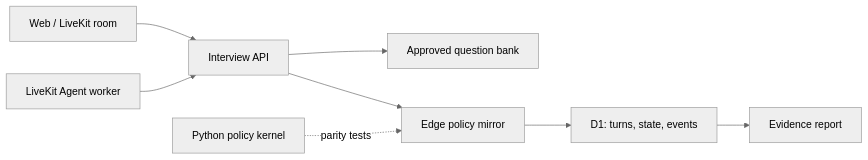
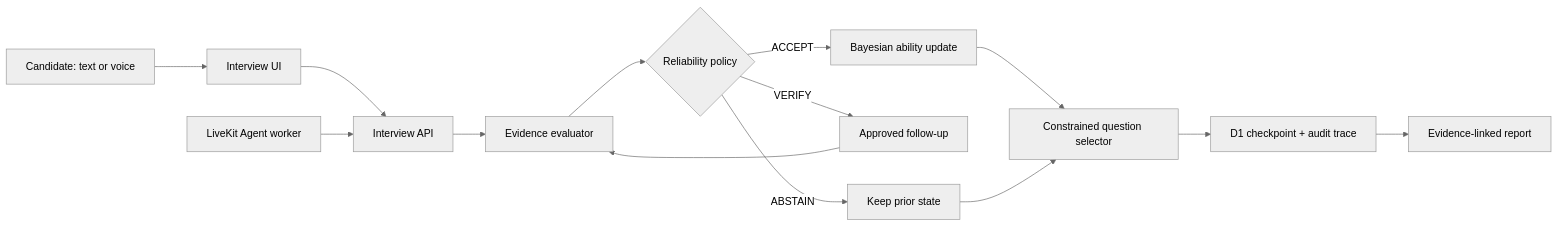
One commit to soberlady/statinterview-coach changed the diagram in README.md. Above: the diagram before and after it, drawn with Mermaid (neutral theme). The commit also changed other lines of this file and 2 other files, not shown here.

Commit message:
feat: default diagnostics to voice and polish README

````diff
--- a/README.md
+++ b/README.md
@@ -96,10 +49,16 @@
 ```mermaid
 flowchart LR
-  UI["Web / LiveKit room"] --> API["Interview API"]
+  C["Candidate: text or voice"] --> UI["Interview UI"]
+  UI --> API["Interview API"]
   LK["LiveKit Agent worker"] --> API
-  API --> QB["Approved question bank"]
-  API --> EDGE["Edge policy mirror"]
-  EDGE --> D1["D1: turns, state, events"]
-  PY["Python policy kernel"] -. parity tests .-> EDGE
-  D1 --> REPORT["Evidence report"]
+  API --> EVAL["Evidence evaluator"]
+  EVAL --> REL{"Reliability policy"}
+  REL -->|ACCEPT| BAYES["Bayesian ability update"]
+  REL -->|VERIFY| FOLLOW["Approved follow-up"]
+  REL -->|ABSTAIN| KEEP["Keep prior state"]
+  BAYES --> SELECT["Constrained question selector"]
+  FOLLOW --> EVAL
+  KEEP --> SELECT
+  SELECT --> D1["D1 checkpoint + audit trace"]
+  D1 --> REPORT["Evidence-linked report"]
 ```
````
